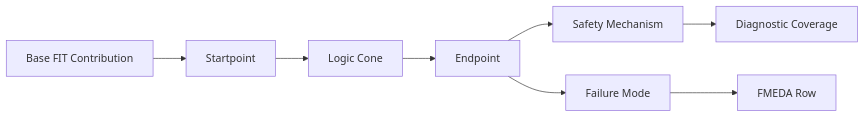
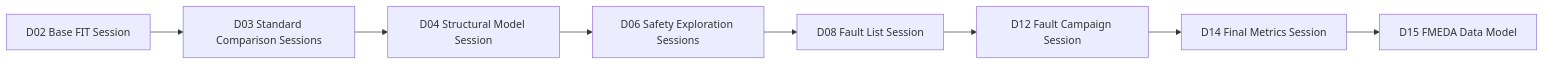
One commit to qiqixixi1001/automotive-safeic-practice changed the first of 2 diagrams in articles/05_automotive_safeic_practice_d05_github_en_structural_safety_model.md. Above: the diagram before and after it, drawn with Mermaid. The commit also changed other lines of this file, not shown here.

````diff
--- a/articles/05_automotive_safeic_practice_d05_github_en_structural_safety_model.md
+++ b/articles/05_automotive_safeic_practice_d05_github_en_structural_safety_model.md
@@ -96,10 +432,10 @@
 ```mermaid
 flowchart LR
-    A[Base FIT Contribution] --> B[Startpoint]
-    B --> C[Logic Cone]
-    C --> D[Endpoint]
-    D --> E[Safety Mechanism]
-    D --> F[Failure Mode]
-    E --> G[Diagnostic Coverage]
-    F --> H[FMEDA Row]
+    A[D02 Base FIT Session] --> B[D03 Standard Comparison Sessions]
+    B --> C[D04 Structural Model Session]
+    C --> D[D06 Safety Exploration Sessions]
+    D --> E[D08 Fault List Session]
+    E --> F[D12 Fault Campaign Session]
+    F --> G[D14 Final Metrics Session]
+    G --> H[D15 FMEDA Data Model]
 ```
````
